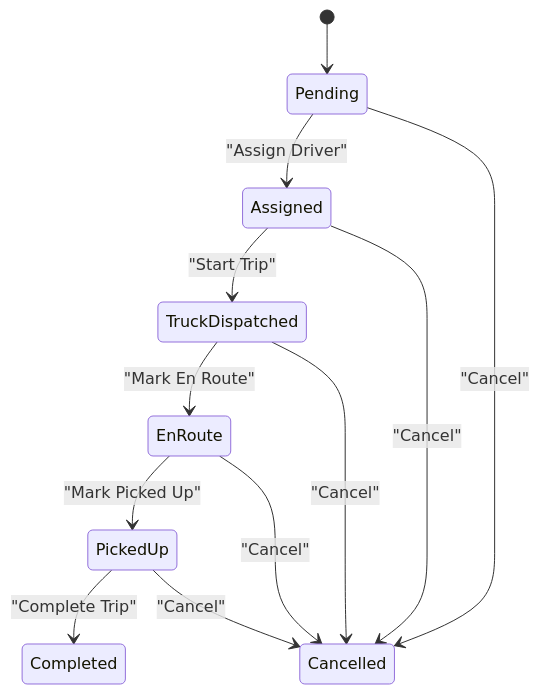
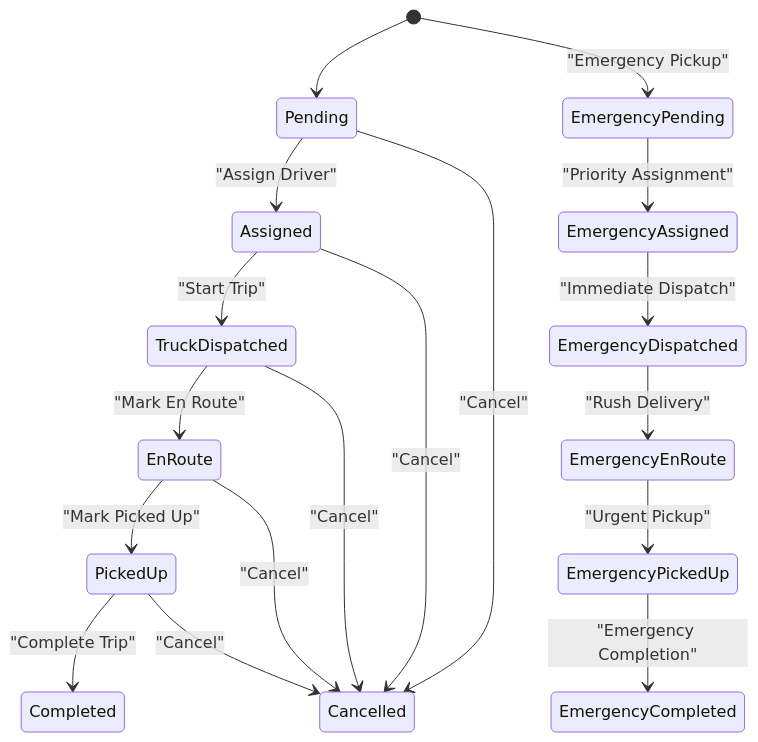
Before and after one commit to Lazynerd-Studios/lacarte-atlas-console: the third of 10 diagrams in .qoder/repowiki/en/content/Business Modules/Pickup Operations.md, drawn with Mermaid. The commit also changed other lines of this file and 23 other files, not shown here.

````diff
--- a/.qoder/repowiki/en/content/Business Modules/Pickup Operations.md
+++ b/.qoder/repowiki/en/content/Business Modules/Pickup Operations.md
@@ -191,14 +238,20 @@
 ```mermaid
 stateDiagram-v2
 [*] --> Pending
 Pending --> Assigned : "Assign Driver"
 Assigned --> TruckDispatched : "Start Trip"
 TruckDispatched --> EnRoute : "Mark En Route"
 EnRoute --> PickedUp : "Mark Picked Up"
 PickedUp --> Completed : "Complete Trip"
 Pending --> Cancelled : "Cancel"
 Assigned --> Cancelled : "Cancel"
 TruckDispatched --> Cancelled : "Cancel"
 EnRoute --> Cancelled : "Cancel"
 PickedUp --> Cancelled : "Cancel"
+[*] --> EmergencyPending : "Emergency Pickup"
+EmergencyPending --> EmergencyAssigned : "Priority Assignment"
+EmergencyAssigned --> EmergencyDispatched : "Immediate Dispatch"
+EmergencyDispatched --> EmergencyEnRoute : "Rush Delivery"
+EmergencyEnRoute --> EmergencyPickedUp : "Urgent Pickup"
+EmergencyPickedUp --> EmergencyCompleted : "Emergency Completion"
 ```
````
